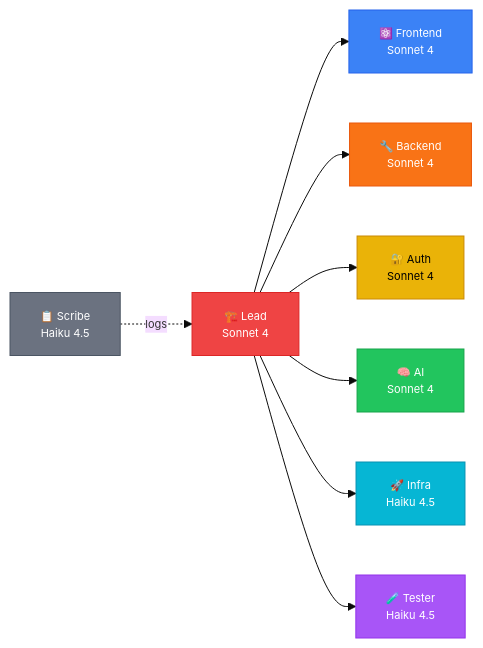
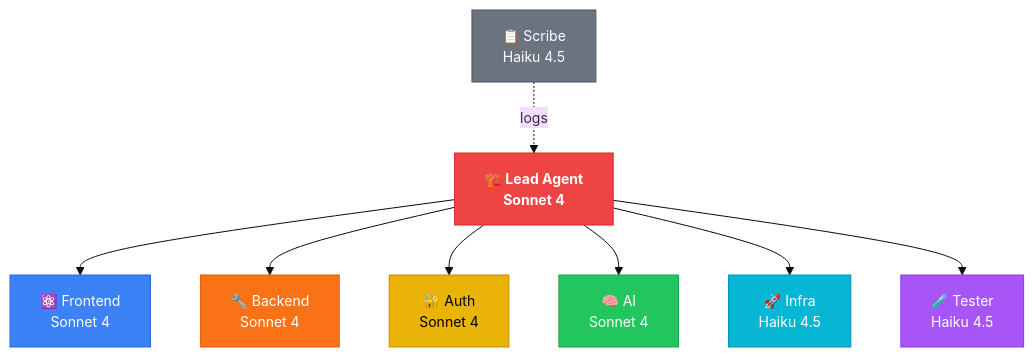
One commit to fredgis/OfficeAddin changed the diagram in prez/diagrams/squad-agents.mmd. Above: the diagram before and after it, drawn with Mermaid. The commit also changed 10 other files, not shown here.

First line of the commit message:
fix: redesign squad diagram (TB layout) + 2x quality diagrams

```diff
--- a/prez/diagrams/squad-agents.mmd
+++ b/prez/diagrams/squad-agents.mmd
@@ -1,14 +1,18 @@
-%%{init: {'theme': 'base', 'themeVariables': {'fontSize': '11px'}}}%%
-graph LR
-    Lead["🏗️ Lead<br/>Sonnet 4"] --> FE["⚛️ Frontend<br/>Sonnet 4"] & BE["🔧 Backend<br/>Sonnet 4"] & Auth["🔐 Auth<br/>Sonnet 4"] & AI["🧠 AI<br/>Sonnet 4"]
-    Lead --> Infra["🚀 Infra<br/>Haiku 4.5"] & Test["🧪 Tester<br/>Haiku 4.5"]
-    Scribe["📋 Scribe<br/>Haiku 4.5"] -.->|"logs"| Lead
+%%{init: {'theme': 'base', 'themeVariables': {'fontSize': '14px', 'nodeSpacing': 20, 'rankSpacing': 50}}}%%
+graph TB
+    Scribe["📋 Scribe<br/>Haiku 4.5"] -.->|logs| Lead["🏗️ Lead Agent<br/>Sonnet 4"]
+    Lead --> FE["⚛️ Frontend<br/>Sonnet 4"]
+    Lead --> BE["🔧 Backend<br/>Sonnet 4"]
+    Lead --> Auth["🔐 Auth<br/>Sonnet 4"]
+    Lead --> AI["🧠 AI<br/>Sonnet 4"]
+    Lead --> Infra["🚀 Infra<br/>Haiku 4.5"]
+    Lead --> Test["🧪 Tester<br/>Haiku 4.5"]
 
-    style Lead fill:#ef4444,stroke:#dc2626,color:#fff
+    style Lead fill:#ef4444,stroke:#dc2626,color:#fff,font-weight:bold
     style FE fill:#3b82f6,stroke:#2563eb,color:#fff
     style BE fill:#f97316,stroke:#ea580c,color:#fff
     style Auth fill:#eab308,stroke:#ca8a04,color:#000
     style AI fill:#22c55e,stroke:#16a34a,color:#fff
     style Infra fill:#06b6d4,stroke:#0891b2,color:#fff
     style Test fill:#a855f7,stroke:#9333ea,color:#fff
     style Scribe fill:#6b7280,stroke:#4b5563,color:#fff
```
